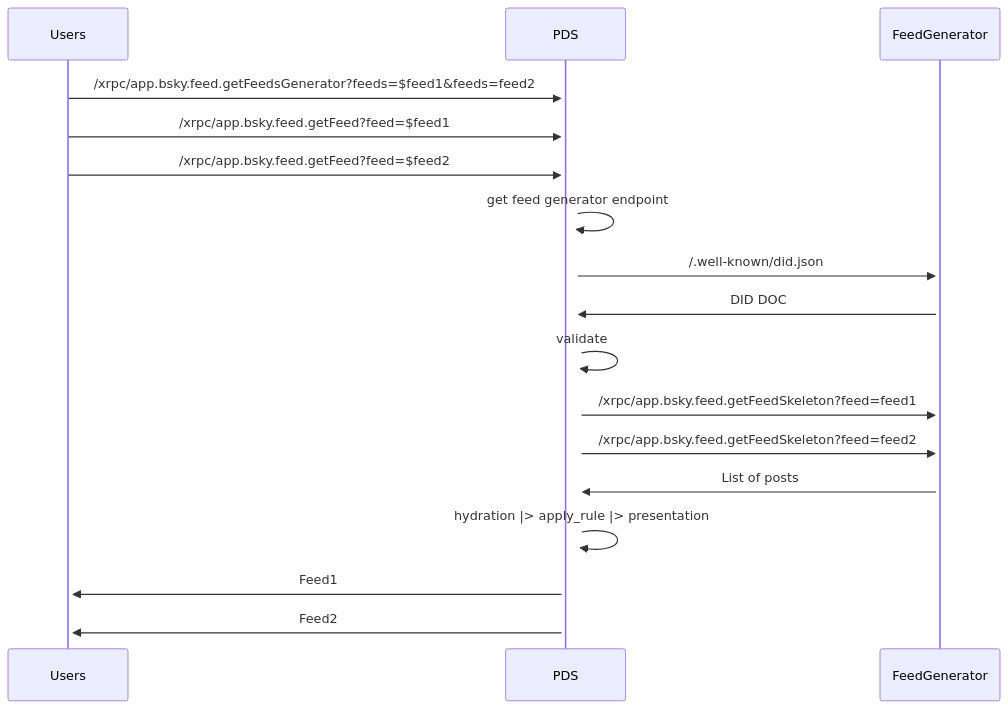
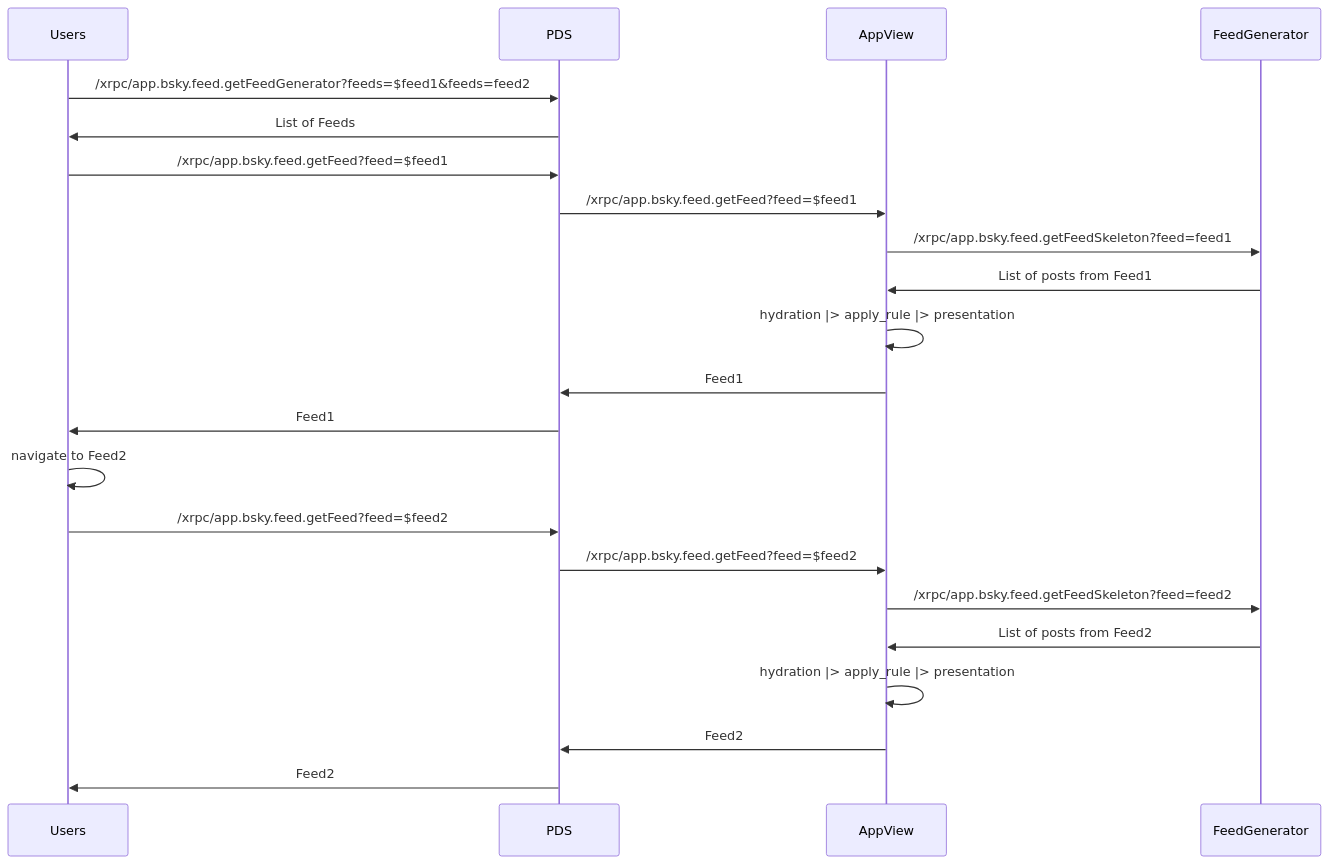
One commit to kepelet/discover.flooo.club changed the diagram in README.md. Above: the diagram before and after it, drawn with Mermaid. The commit also changed other lines of this file, not shown here.

Commit message:
docs: clarify things

````diff
--- a/README.md
+++ b/README.md
@@ -30,16 +30,20 @@
 ```mermaid
-sequenceDiagram
-  Users->>+ PDS: /xrpc/app.bsky.feed.getFeedsGenerator?feeds=$feed1&feeds=feed2
-  Users->>+ PDS: /xrpc/app.bsky.feed.getFeed?feed=$feed1
-  Users->>+ PDS: /xrpc/app.bsky.feed.getFeed?feed=$feed2
-  PDS ->> PDS: get feed generator endpoint
-  PDS ->>+ FeedGenerator: /.well-known/did.json
-  FeedGenerator ->> +PDS: DID DOC
-  PDS ->> PDS: validate
-  PDS ->> FeedGenerator: /xrpc/app.bsky.feed.getFeedSkeleton?feed=feed1
-  PDS ->> FeedGenerator: /xrpc/app.bsky.feed.getFeedSkeleton?feed=feed2
-  FeedGenerator ->> PDS: List of posts
-  PDS->>+ PDS: hydration |> apply_rule |> presentation
-  PDS->>+ Users: Feed1
-  PDS->>+ Users: Feed2
+  sequenceDiagram
+  Users ->> PDS: /xrpc/app.bsky.feed.getFeedGenerator?feeds=$feed1&feeds=feed2
+  PDS ->> Users: List of Feeds
+  Users ->> PDS: /xrpc/app.bsky.feed.getFeed?feed=$feed1
+  PDS ->> AppView: /xrpc/app.bsky.feed.getFeed?feed=$feed1
+  AppView ->> FeedGenerator: /xrpc/app.bsky.feed.getFeedSkeleton?feed=feed1
+  FeedGenerator ->> AppView: List of posts from Feed1
+  AppView->> AppView: hydration |> apply_rule |> presentation
+  AppView ->> PDS: Feed1
+  PDS ->> Users: Feed1
+  Users ->> Users: navigate to Feed2
+  Users ->> PDS: /xrpc/app.bsky.feed.getFeed?feed=$feed2
+  PDS ->> AppView: /xrpc/app.bsky.feed.getFeed?feed=$feed2
+  AppView ->> FeedGenerator: /xrpc/app.bsky.feed.getFeedSkeleton?feed=feed2
+  FeedGenerator ->> AppView: List of posts from Feed2
+  AppView->> AppView: hydration |> apply_rule |> presentation
+  AppView ->> PDS: Feed2
+  PDS ->> Users: Feed2
 ```
````
